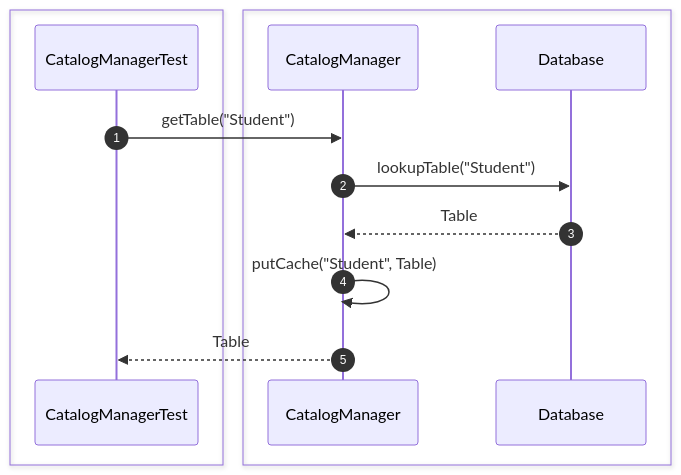
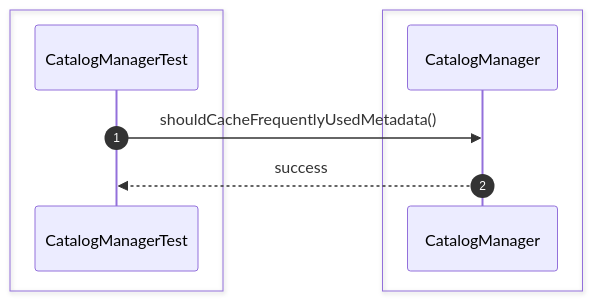
Diagram 12 of 28 in src/sequence/catalog.md (Huy1801214/dbms-architecture), drawn with Mermaid before and after one commit. The commit also changed other lines of this file and 68 other files, not shown here.

Commit message:
implement comprehensive unit test suite and architectural sequence documentation

````diff
--- a/src/sequence/catalog.md
+++ b/src/sequence/catalog.md
@@ -259,21 +171,13 @@
 ```mermaid
 sequenceDiagram
     autonumber
     box #e1f5fe Test Suite
     participant Test as CatalogManagerTest
     end
-    box #e8f5e9 Catalog Objects
-    participant Catalog as CatalogManager
-    participant DB as Database
+    box #e8f5e9 CatalogManager Component
+    participant CM as CatalogManager
     end
 
-    Test->>Catalog: getTable("Student")
-
-    Catalog->>DB: lookupTable("Student")
-
-    DB-->>Catalog: Table
-
-    Catalog->>Catalog: putCache("Student", Table)
-
-    Catalog-->>Test: Table
+    Test->>CM: shouldCacheFrequentlyUsedMetadata()
+    CM-->>Test: success
 ```
````
